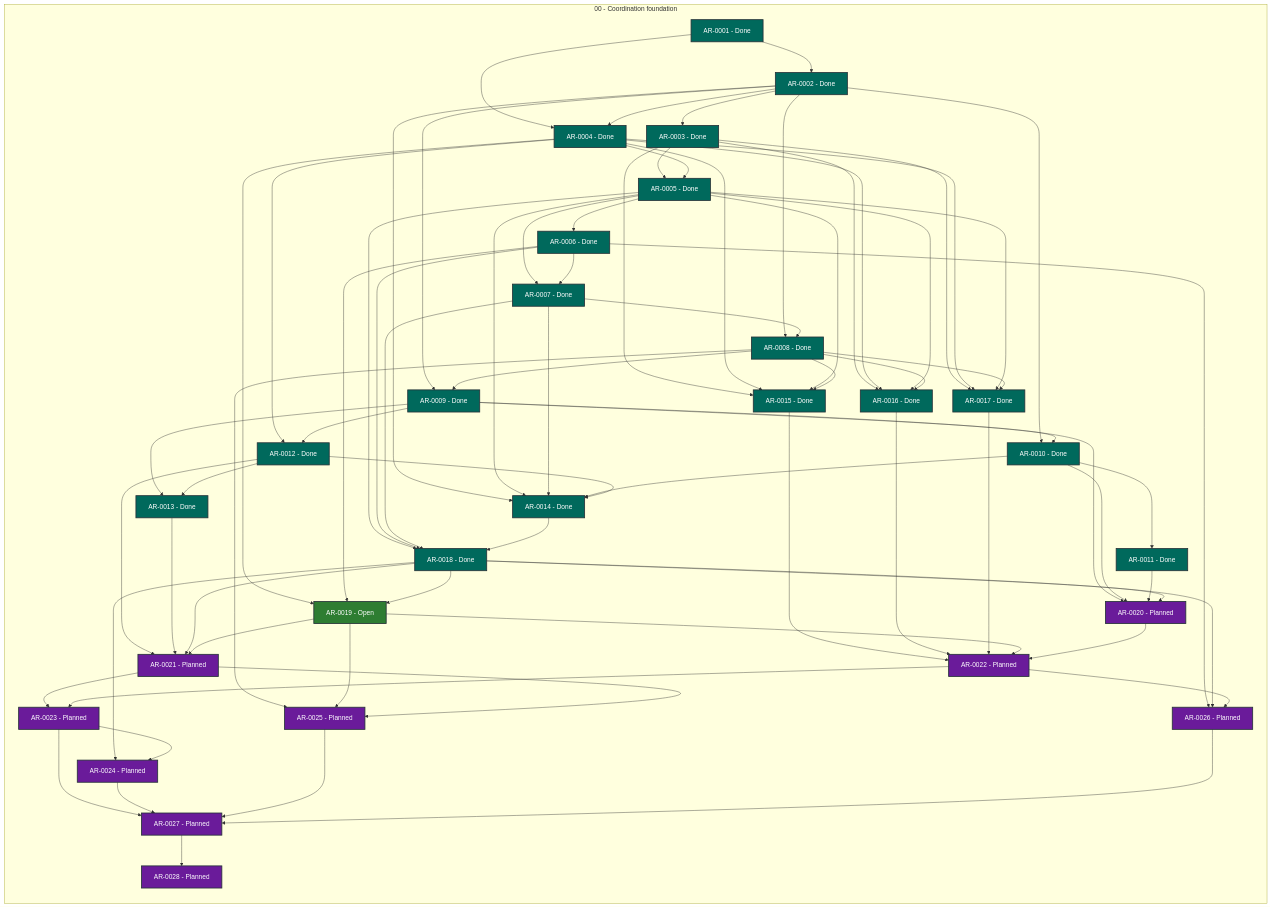
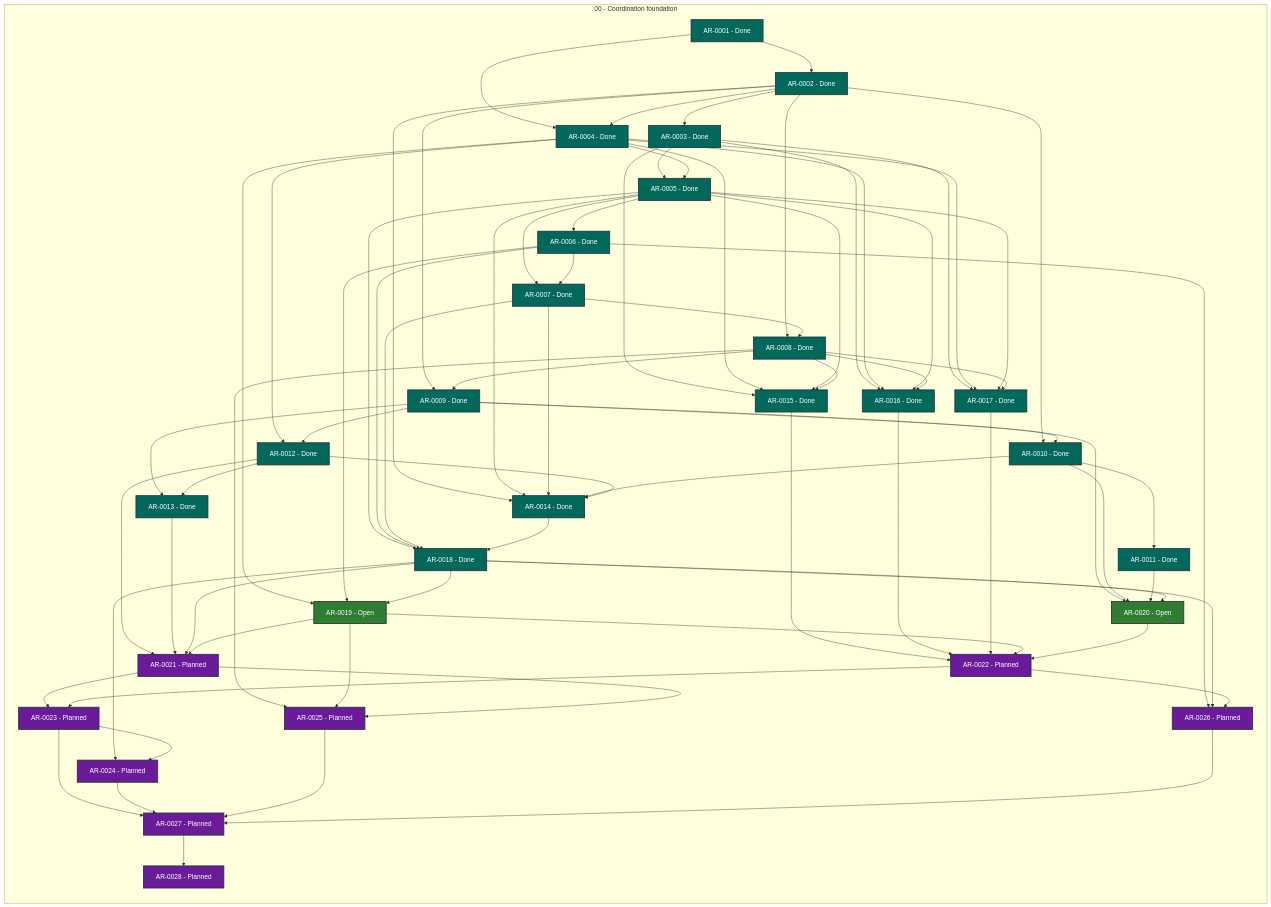
The diagram in STATUS.md (martin-beck/agent-workflow-runtime-state), drawn with Mermaid before and after one commit. The commit also changed other lines of this file and 2 other files, not shown here.

```diff
--- a/STATUS.md
+++ b/STATUS.md
@@ -47,7 +47,7 @@
         AR_0017["AR-0017 - Done"]:::status_done
         AR_0018["AR-0018 - Done"]:::status_done
         AR_0019["AR-0019 - Open"]:::status_open
-        AR_0020["AR-0020 - Planned"]:::status_planned
+        AR_0020["AR-0020 - Open"]:::status_open
         AR_0021["AR-0021 - Planned"]:::status_planned
         AR_0022["AR-0022 - Planned"]:::status_planned
         AR_0023["AR-0023 - Planned"]:::status_planned
```
